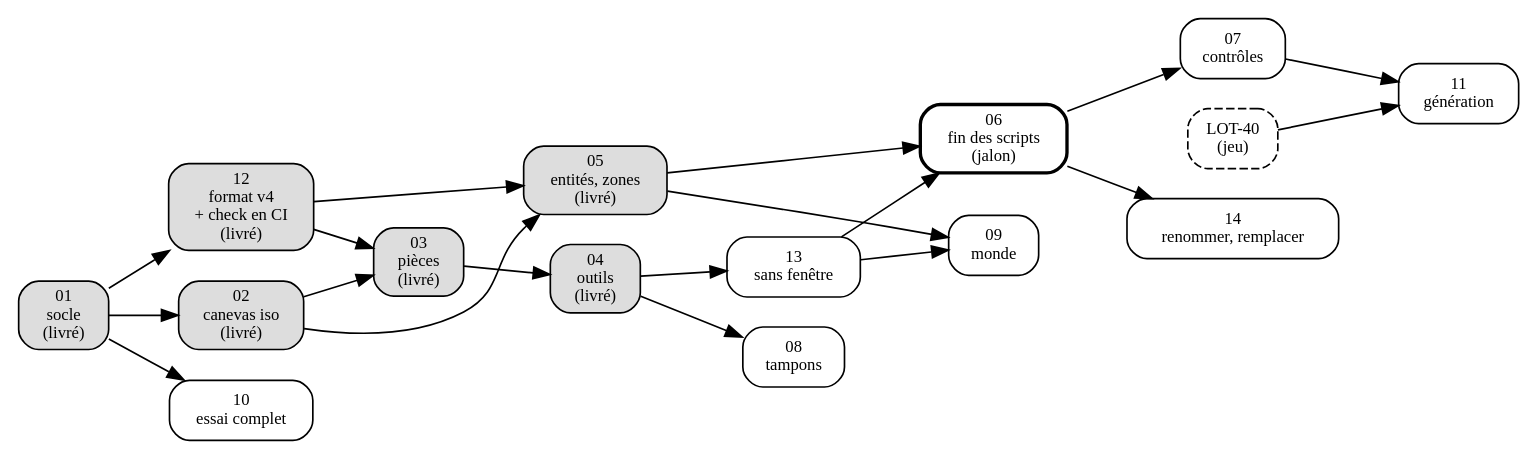
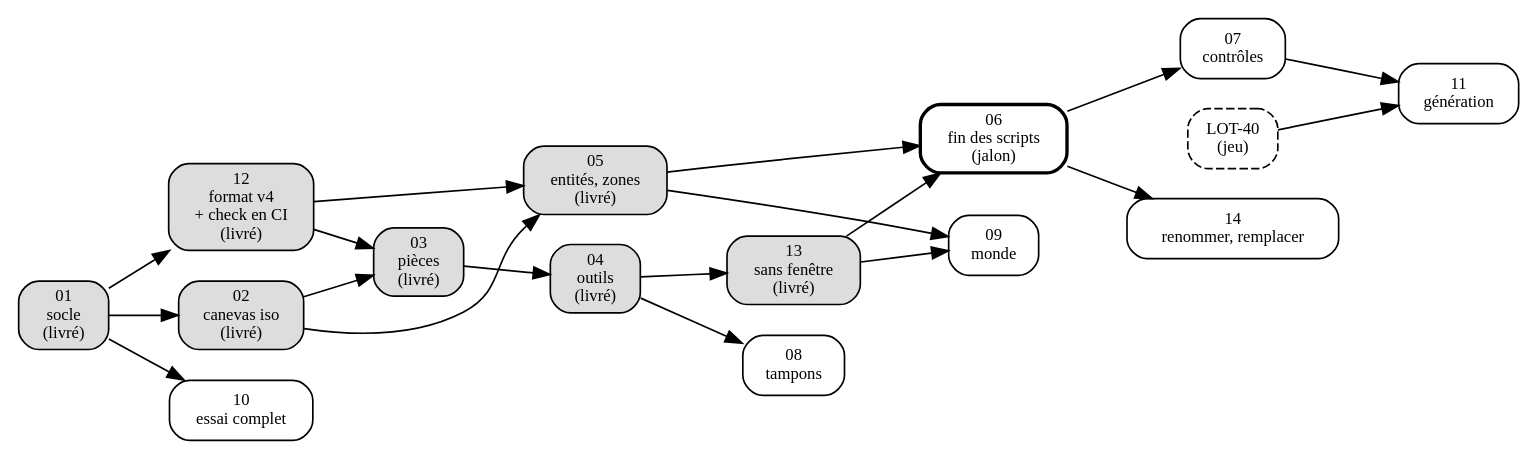
Before and after one commit to azertval/JustAnotherDnDGame: the diagram in Documentation/Editeur/feuille-de-route.md, drawn with Graphviz. The commit also changed other lines of this file and 49 other files, not shown here.

````diff
--- a/Documentation/Editeur/feuille-de-route.md
+++ b/Documentation/Editeur/feuille-de-route.md
@@ -209,29 +209,29 @@
 ```dot
 digraph editeur {
   rankdir=LR;
   node [shape=box, style=rounded, fontsize=10];
   E01 [label="01\nsocle\n(livré)", style="rounded,filled", fillcolor="#dddddd"];
   E02 [label="02\ncanevas iso\n(livré)", style="rounded,filled", fillcolor="#dddddd"];
   E12 [label="12\nformat v4\n+ check en CI\n(livré)", style="rounded,filled", fillcolor="#dddddd"];
   E03 [label="03\npièces\n(livré)", style="rounded,filled", fillcolor="#dddddd"];
   E04 [label="04\noutils\n(livré)", style="rounded,filled", fillcolor="#dddddd"];
   E05 [label="05\nentités, zones\n(livré)", style="rounded,filled", fillcolor="#dddddd"];
-  E13 [label="13\nsans fenêtre"];
+  E13 [label="13\nsans fenêtre\n(livré)", style="rounded,filled", fillcolor="#dddddd"];
   E06 [label="06\nfin des scripts\n(jalon)", style="rounded,bold"];
   E07 [label="07\ncontrôles"];
   E14 [label="14\nrenommer, remplacer"];
   E08 [label="08\ntampons"];
   E09 [label="09\nmonde"];
   E10 [label="10\nessai complet"];
   E11 [label="11\ngénération"];
   L40 [label="LOT-40\n(jeu)", style="rounded,dashed"];
   E01 -> E02; E01 -> E12; E01 -> E10;
   E02 -> E03; E12 -> E03;
   E02 -> E05; E12 -> E05;
   E03 -> E04; E04 -> E13; E04 -> E08;
   E13 -> E06; E05 -> E06;
   E06 -> E07; E06 -> E14;
   E05 -> E09; E13 -> E09;
   E07 -> E11; L40 -> E11;
 }
 ```
````
